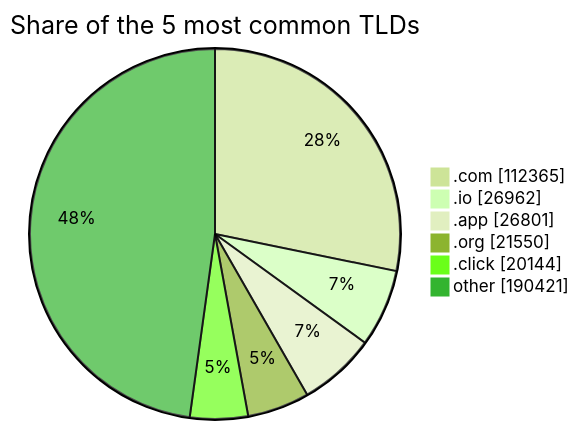
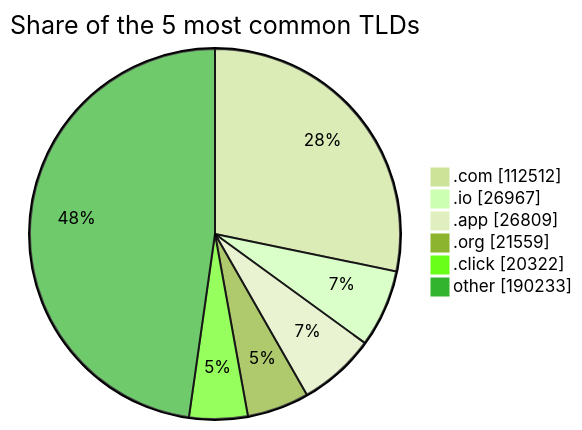
Before and after one commit to DNSBunker/CTI: the third of 3 diagrams in README.md, drawn with Mermaid (forest theme). The commit also changed other lines of this file and 3 other files, not shown here.

````diff
--- a/README.md
+++ b/README.md
@@ -81,9 +81,9 @@
 ```mermaid
 pie showData title Share of the 5 most common TLDs
-    ".com" : 112365
-    ".io" : 26962
-    ".app" : 26801
-    ".org" : 21550
-    ".click" : 20144
-    "other" : 190421
+    ".com" : 112512
+    ".io" : 26967
+    ".app" : 26809
+    ".org" : 21559
+    ".click" : 20322
+    "other" : 190233
 ```
````
